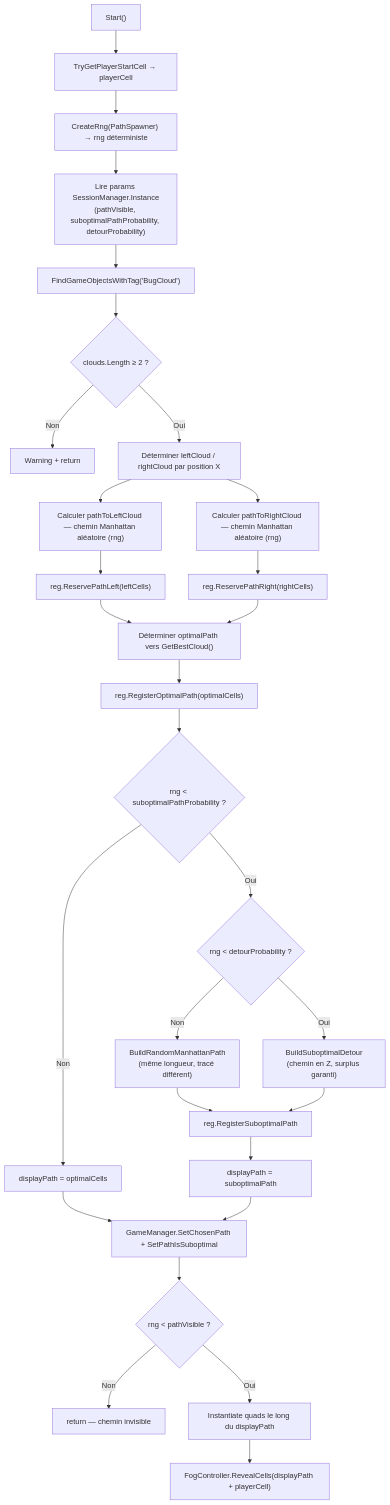
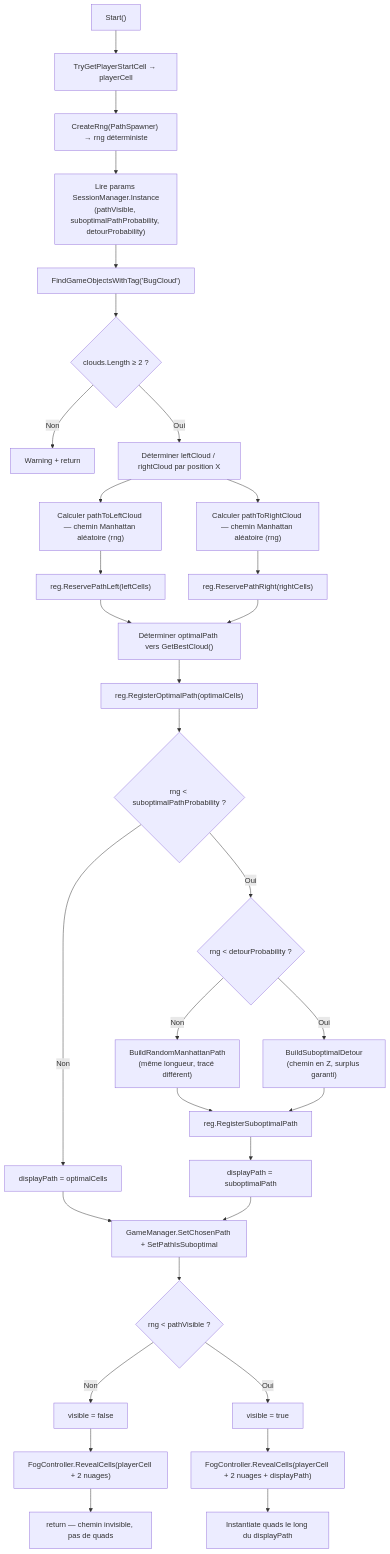
One commit to PierreChagnon/BUGS changed the fourth of 17 diagrams in Docs/TDD.md. Above: the diagram before and after it, drawn with Mermaid. The commit also changed other lines of this file and 7 other files, not shown here.

Commit message:
[FOG] sprint 1 refacto done. FOW now up to date with new architecture

````diff
--- a/Docs/TDD.md
+++ b/Docs/TDD.md
@@ -297,36 +301,39 @@
 ```mermaid
 graph TD
     A["Start()"] --> A2["TryGetPlayerStartCell → playerCell"]
     A2 --> A3["CreateRng(PathSpawner) → rng déterministe"]
     A3 --> A4["Lire params SessionManager.Instance<br/>(pathVisible, suboptimalPathProbability, detourProbability)"]
     A4 --> B["FindGameObjectsWithTag('BugCloud')"]
     B --> C{clouds.Length ≥ 2 ?}
     C -->|Non| D[Warning + return]
     C -->|Oui| E[Déterminer leftCloud / rightCloud par position X]
 
     E --> F["Calculer pathToLeftCloud — chemin Manhattan aléatoire (rng)"]
     E --> G["Calculer pathToRightCloud — chemin Manhattan aléatoire (rng)"]
 
     F --> H["reg.ReservePathLeft(leftCells)"]
     G --> I["reg.ReservePathRight(rightCells)"]
 
     H --> J["Déterminer optimalPath vers GetBestCloud()"]
     I --> J
     J --> K["reg.RegisterOptimalPath(optimalCells)"]
 
     K --> L{"rng < suboptimalPathProbability ?"}
     L -->|Non| M["displayPath = optimalCells"]
     L -->|Oui| N{"rng < detourProbability ?"}
     N -->|Non| O["BuildRandomManhattanPath<br/>(même longueur, tracé différent)"]
     N -->|Oui| P["BuildSuboptimalDetour<br/>(chemin en Z, surplus garanti)"]
     O --> Q["reg.RegisterSuboptimalPath"]
     P --> Q
     Q --> R["displayPath = suboptimalPath"]
 
     M --> S["GameManager.SetChosenPath + SetPathIsSuboptimal"]
     R --> S
     S --> T{"rng < pathVisible ?"}
-    T -->|Non| U[return — chemin invisible]
-    T -->|Oui| V["Instantiate quads le long du displayPath"]
-    V --> W["FogController.RevealCells(displayPath + playerCell)"]
+    T -->|Non| U["visible = false"]
+    T -->|Oui| U2["visible = true"]
+    U --> V1["FogController.RevealCells(playerCell + 2 nuages)"]
+    U2 --> V2["FogController.RevealCells(playerCell + 2 nuages + displayPath)"]
+    V2 --> W["Instantiate quads le long du displayPath"]
+    V1 --> X["return — chemin invisible, pas de quads"]
 ```
````
